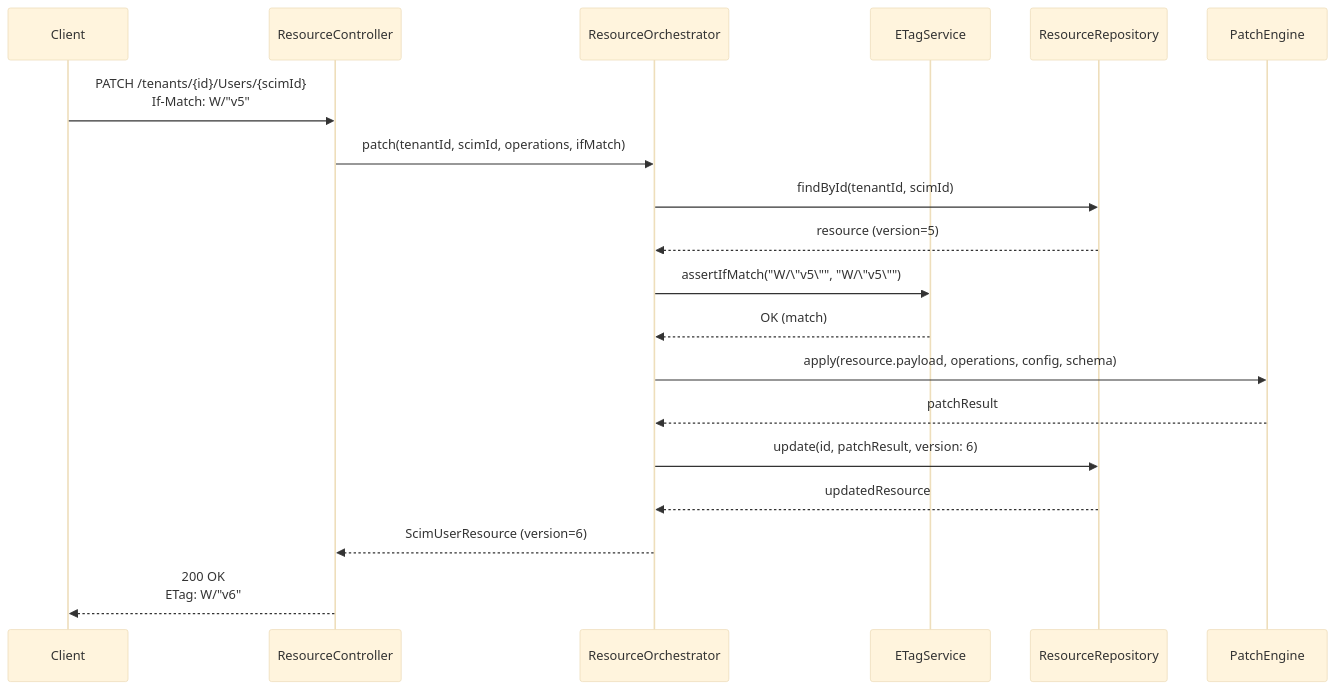
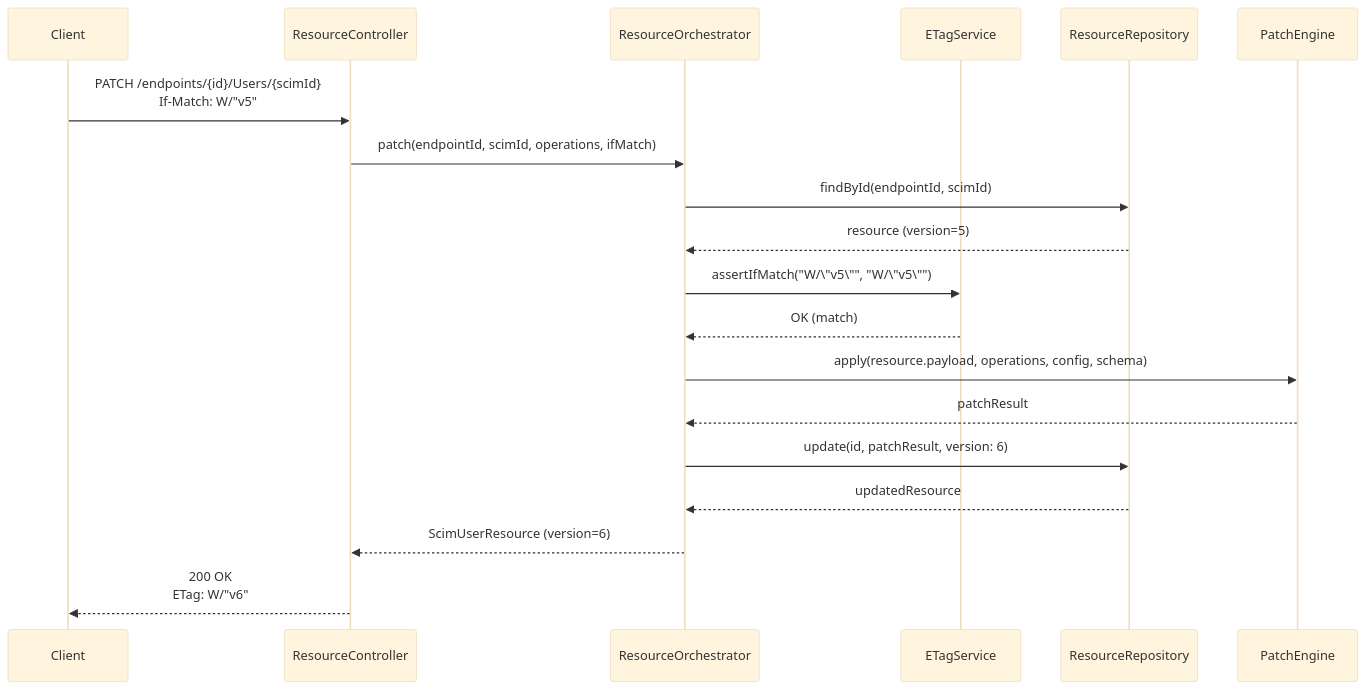
One commit to pranems/SCIMServer changed the third of 3 diagrams in docs/IDEAL_SCIM_ARCHITECTURE_v3_2026-02-20.md. Above: the diagram before and after it, drawn with Mermaid (base theme). The commit also changed other lines of this file and 288 other files, not shown here.

````diff
--- a/docs/IDEAL_SCIM_ARCHITECTURE_v3_2026-02-20.md
+++ b/docs/IDEAL_SCIM_ARCHITECTURE_v3_2026-02-20.md
@@ -1219,22 +1234,22 @@
 ```mermaid
 sequenceDiagram
     participant C as Client
     participant RC as ResourceController
     participant RO as ResourceOrchestrator
     participant ES as ETagService
     participant RR as ResourceRepository
     participant PE as PatchEngine
 
-    C->>RC: PATCH /tenants/{id}/Users/{scimId}<br/>If-Match: W/"v5"
-    RC->>RO: patch(tenantId, scimId, operations, ifMatch)
-    RO->>RR: findById(tenantId, scimId)
+    C->>RC: PATCH /endpoints/{id}/Users/{scimId}<br/>If-Match: W/"v5"
+    RC->>RO: patch(endpointId, scimId, operations, ifMatch)
+    RO->>RR: findById(endpointId, scimId)
     RR-->>RO: resource (version=5)
     RO->>ES: assertIfMatch("W/\"v5\"", "W/\"v5\"")
     ES-->>RO: OK (match)
     RO->>PE: apply(resource.payload, operations, config, schema)
     PE-->>RO: patchResult
     RO->>RR: update(id, patchResult, version: 6)
     RR-->>RO: updatedResource
     RO-->>RC: ScimUserResource (version=6)
     RC-->>C: 200 OK<br/>ETag: W/"v6"
 ```
````
